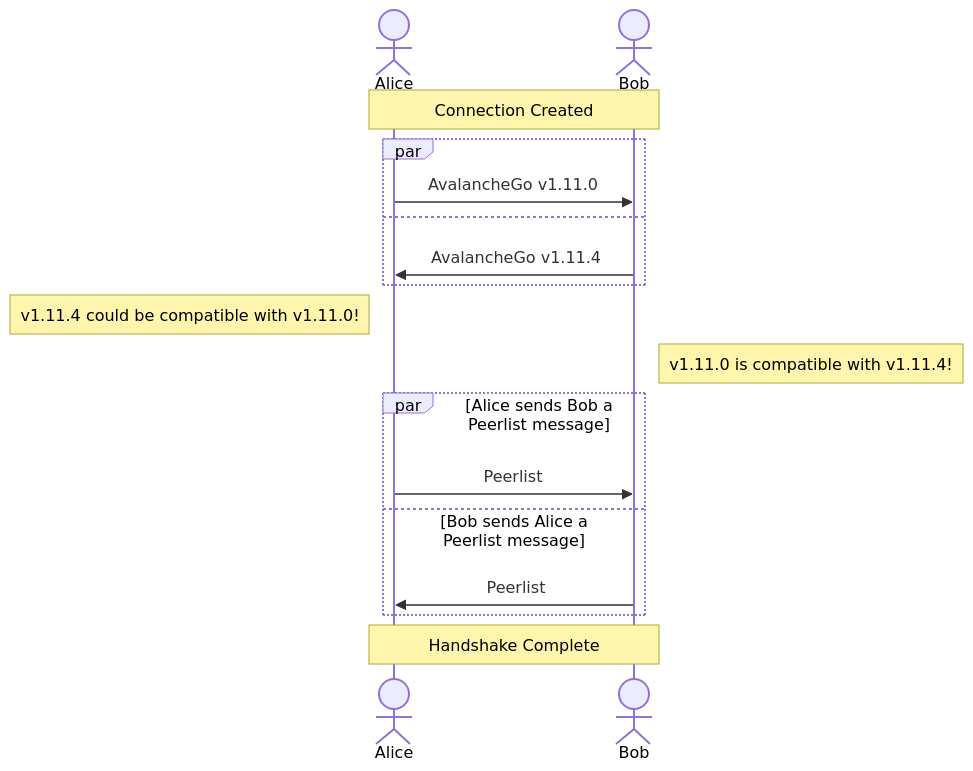
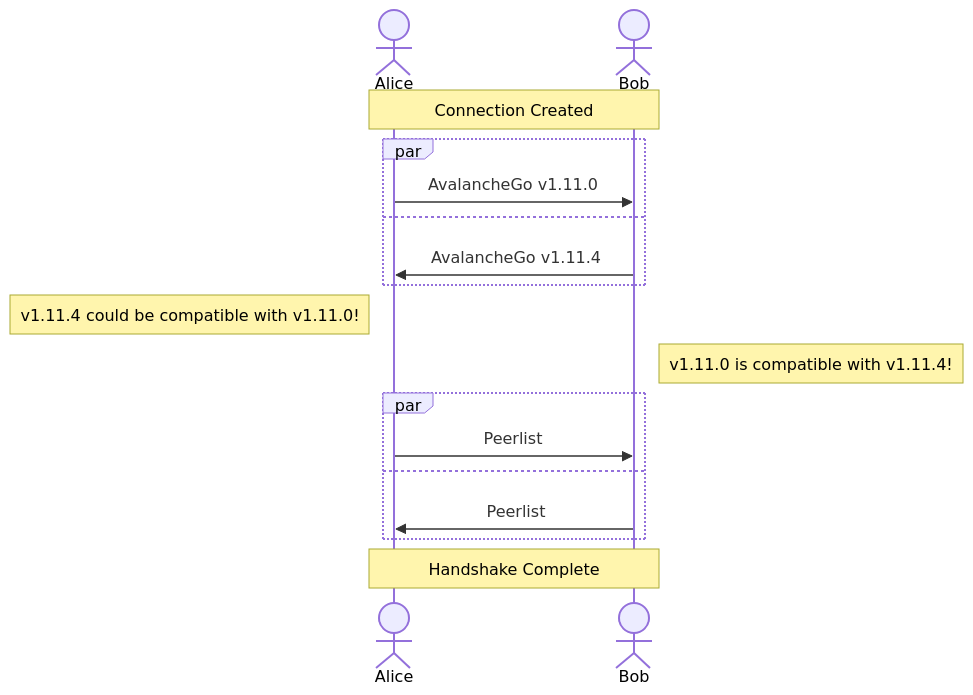
Before and after one commit to ava-labs/avalanchego: the third of 7 diagrams in network/README.md, drawn with Mermaid. The commit also changed other lines of this file, not shown here.

````diff
--- a/network/README.md
+++ b/network/README.md
@@ -78,19 +78,19 @@
 ```mermaid
 sequenceDiagram
     actor Alice
     actor Bob
     Note over Alice,Bob: Connection Created
     par
         Alice->>Bob: AvalancheGo v1.11.0
     and
         Bob->>Alice: AvalancheGo v1.11.4
     end
     Note left of Alice: v1.11.4 could be compatible with v1.11.0!
     Note right of Bob: v1.11.0 is compatible with v1.11.4!
-    par Alice sends Bob a Peerlist message
+    par
         Alice->>Bob: Peerlist
-    and Bob sends Alice a Peerlist message
+    and
         Bob->>Alice: Peerlist
     end
     Note over Alice,Bob: Handshake Complete
 ```
````
